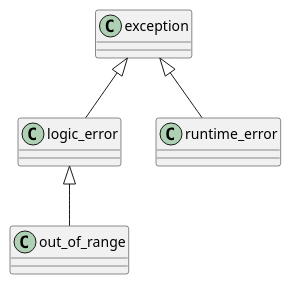
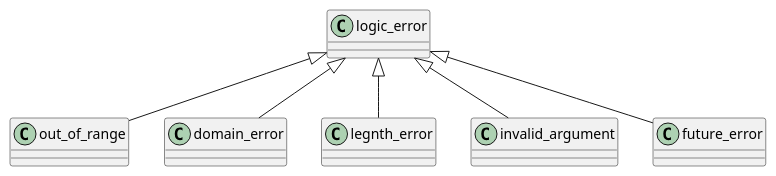
One commit to syalsr/Base changed the third of 3 diagrams in Base/Типы исключений.md. Above: the diagram before and after it, drawn with PlantUML. The commit also changed other lines of this file and 77 other files, not shown here.

````diff
--- a/Base/Типы исключений.md
+++ b/Base/Типы исключений.md
@@ -84,9 +93,7 @@
 ```plantuml
-class exception
-class logic_error
-class out_of_range
-class runtime_error
-exception <|-- logic_error
-exception <|-- runtime_error
 logic_error <|-- out_of_range
+logic_error <|-- domain_error
+logic_error <|-- legnth_error
+logic_error <|-- invalid_argument
+logic_error <|-- future_error
 ```
````
